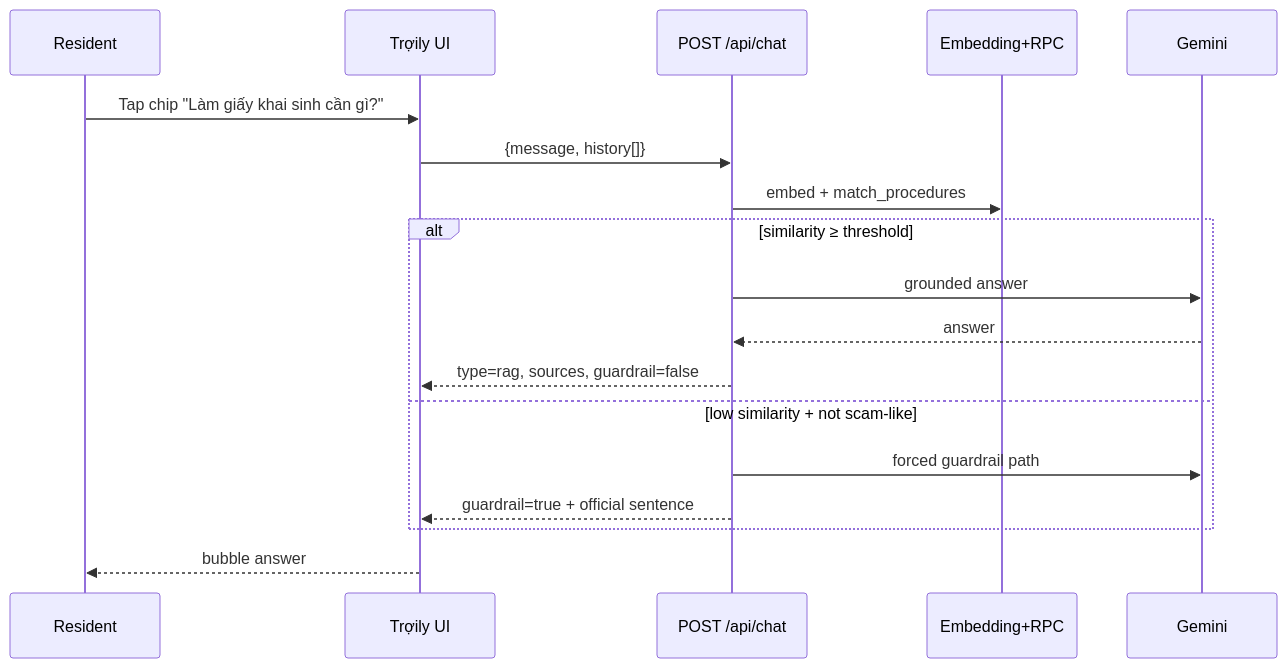
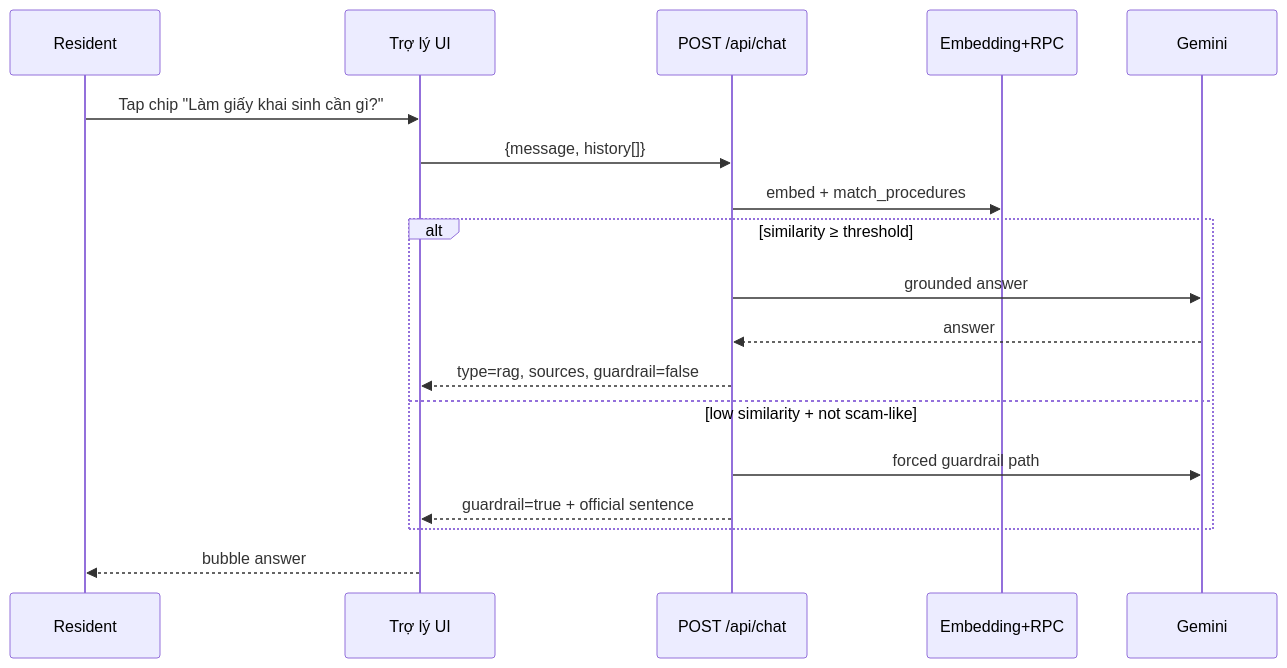
One commit to heyncth/to_minh_oi changed the third of 5 diagrams in docs/03-USER-FLOWS.md. Above: the diagram before and after it, drawn with Mermaid. The commit also changed other lines of this file and 18 other files, not shown here.

````diff
--- a/docs/03-USER-FLOWS.md
+++ b/docs/03-USER-FLOWS.md
@@ -63,21 +63,21 @@
 ```mermaid
 sequenceDiagram
   participant R as Resident
-  participant C as Trợily UI
+  participant C as Trợ lý UI
   participant API as POST /api/chat
   participant E as Embedding+RPC
   participant G as Gemini
 
   R->>C: Tap chip "Làm giấy khai sinh cần gì?"
   C->>API: {message, history[]}
   API->>E: embed + match_procedures
   alt similarity ≥ threshold
     API->>G: grounded answer
     G-->>API: answer
     API-->>C: type=rag, sources, guardrail=false
   else low similarity + not scam-like
     API->>G: forced guardrail path
     API-->>C: guardrail=true + official sentence
   end
   C-->>R: bubble answer
 ```
````
